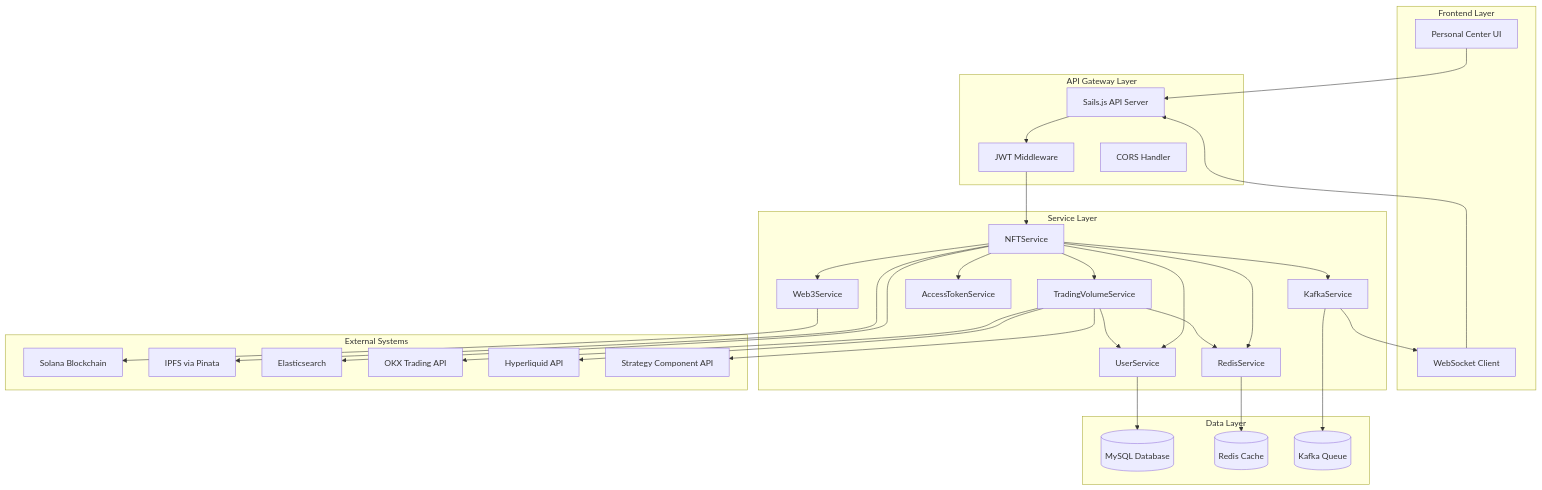
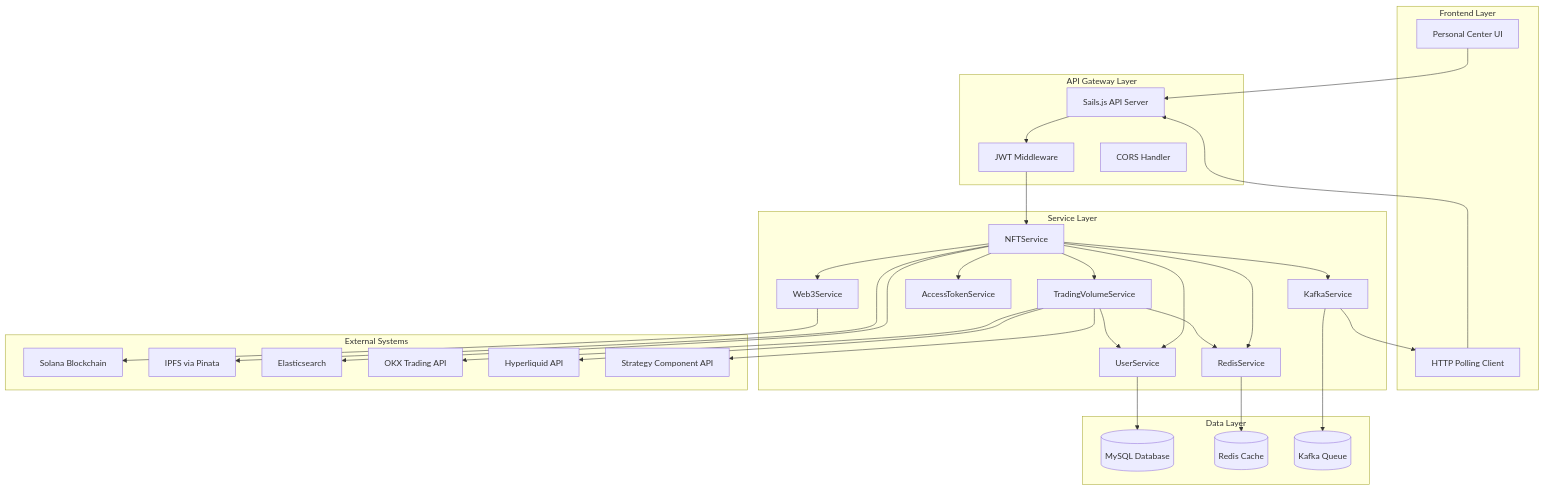
The first of 7 diagrams in docs/technical/architecture/AIW3-NFT-System-Design.md (ljg-cqu/aiw3-nft-solana), drawn with Mermaid before and after one commit. The commit also changed 8 other files, not shown here.

Commit message:
refactor: replace WebSocket with HTTP polling for real-time updates

````diff
--- a/docs/technical/architecture/AIW3-NFT-System-Design.md
+++ b/docs/technical/architecture/AIW3-NFT-System-Design.md
@@ -126,72 +126,72 @@
 ```mermaid
 graph TB
     subgraph "Frontend Layer"
         UI["Personal Center UI"]
-        WS["WebSocket Client"]
+        POLL["HTTP Polling Client"]
     end
     
     subgraph "API Gateway Layer"
         API["Sails.js API Server"]
         AUTH["JWT Middleware"]
         CORS["CORS Handler"]
     end
     
     subgraph "Service Layer"
         NFT["NFTService"]
         TRADING["TradingVolumeService"]
         WEB3["Web3Service"]
         USER["UserService"]
         REDIS["RedisService"]
         KAFKA["KafkaService"]
         ACCESS["AccessTokenService"]
     end
     
     subgraph "Data Layer"
         MYSQL[("MySQL Database")]
         REDIS_DB[("Redis Cache")]
         KAFKA_Q[("Kafka Queue")]
     end
     
     subgraph "External Systems"
         SOLANA["Solana Blockchain"]
         IPFS["IPFS via Pinata"]
         ELASTIC["Elasticsearch"]
         OKX["OKX Trading API"]
         HYPERLIQUID["Hyperliquid API"]
         STRATEGY["Strategy Component API"]
     end
     
     %% Frontend to API
     UI --> API
-    WS --> API
+    POLL --> API
     
     %% API Layer Flow
     API --> AUTH
     AUTH --> NFT
     
     %% Service Interactions
     NFT --> TRADING
     NFT --> WEB3
     NFT --> USER
     NFT --> REDIS
     NFT --> KAFKA
     NFT --> ACCESS
     TRADING --> USER
     TRADING --> REDIS
     
     %% Data Layer Connections
     USER --> MYSQL
     REDIS --> REDIS_DB
     KAFKA --> KAFKA_Q
     
     %% External System Connections
     WEB3 --> SOLANA
     NFT --> IPFS
     NFT --> ELASTIC
     TRADING --> OKX
     TRADING --> HYPERLIQUID
     TRADING --> STRATEGY
     
-    %% WebSocket Events
-    KAFKA --> WS
+    %% HTTP Polling Events
+    KAFKA --> POLL
 ```
````
